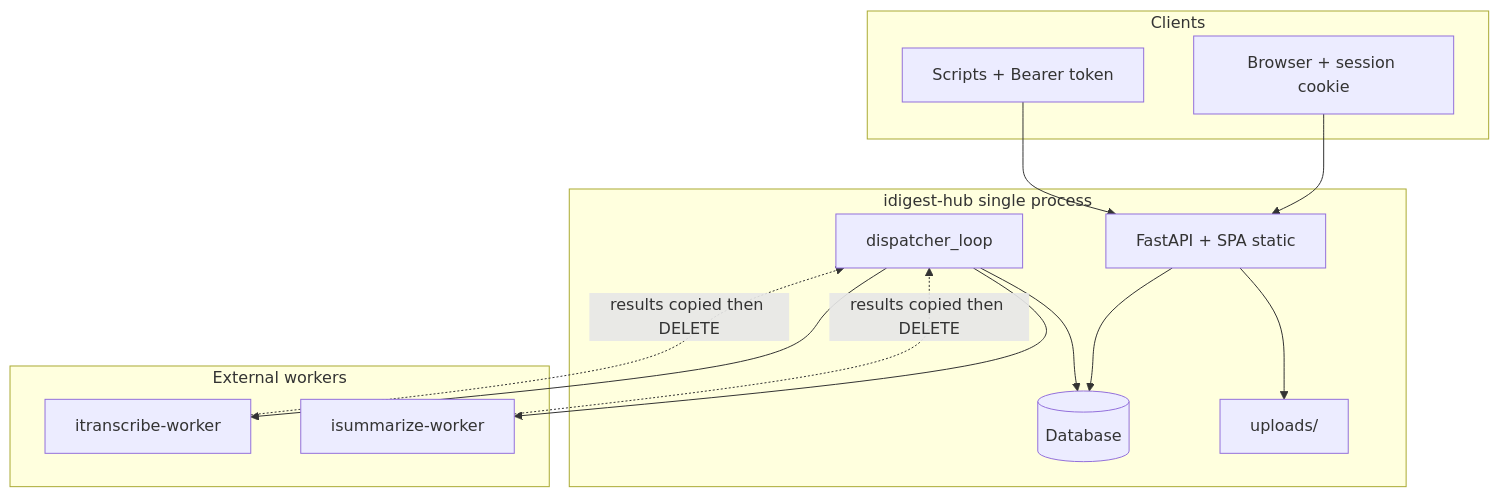
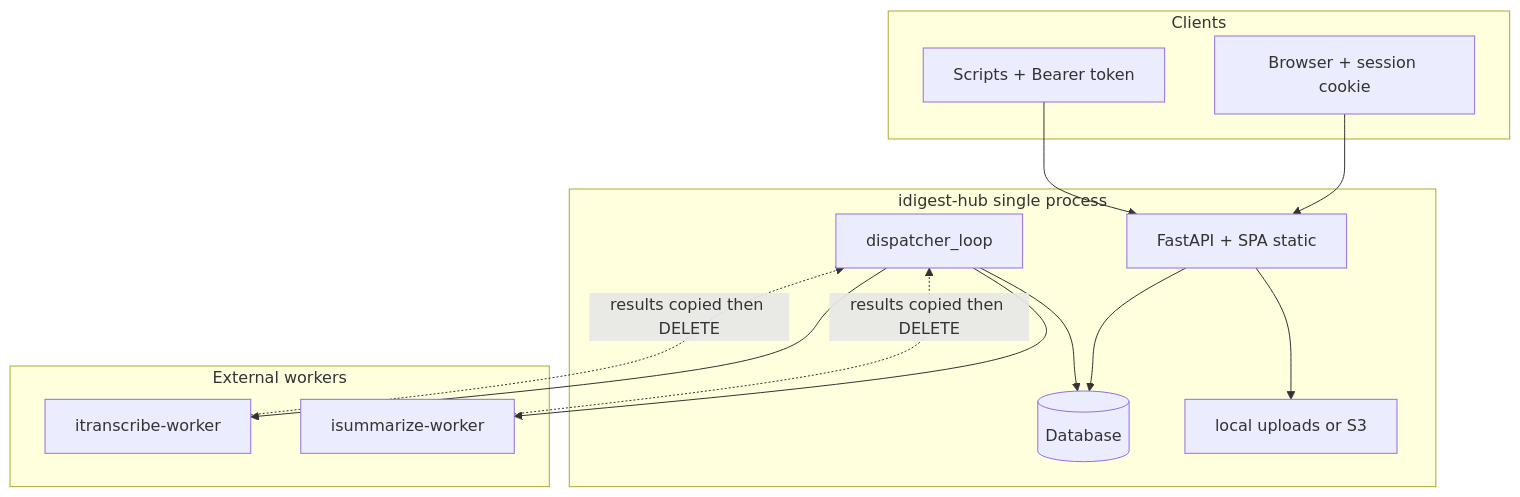
The diagram in docs/en/architecture/overview.md (dude75/idigest-hub), drawn with Mermaid before and after one commit. The commit also changed other lines of this file and 23 other files, not shown here.

````diff
--- a/docs/en/architecture/overview.md
+++ b/docs/en/architecture/overview.md
@@ -16,29 +16,29 @@
 ```mermaid
 flowchart TB
   subgraph clients [Clients]
     Browser[Browser + session cookie]
     API[Scripts + Bearer token]
   end
 
   subgraph hub [idigest-hub single process]
     FastAPI[FastAPI + SPA static]
     Dispatch[dispatcher_loop]
     DB[(Database)]
-    FS[uploads/]
+    FS[local uploads or S3]
   end
 
   subgraph workers [External workers]
     TW[itranscribe-worker]
     SW[isummarize-worker]
   end
 
   Browser --> FastAPI
   API --> FastAPI
   FastAPI --> DB
   FastAPI --> FS
   Dispatch --> DB
   Dispatch --> TW
   Dispatch --> SW
   TW -.->|results copied then DELETE| Dispatch
   SW -.->|results copied then DELETE| Dispatch
 ```
````
